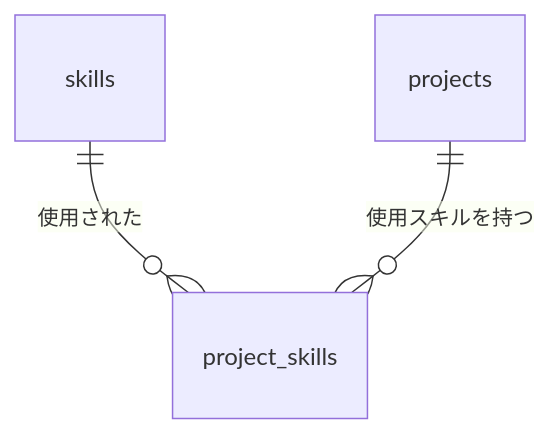
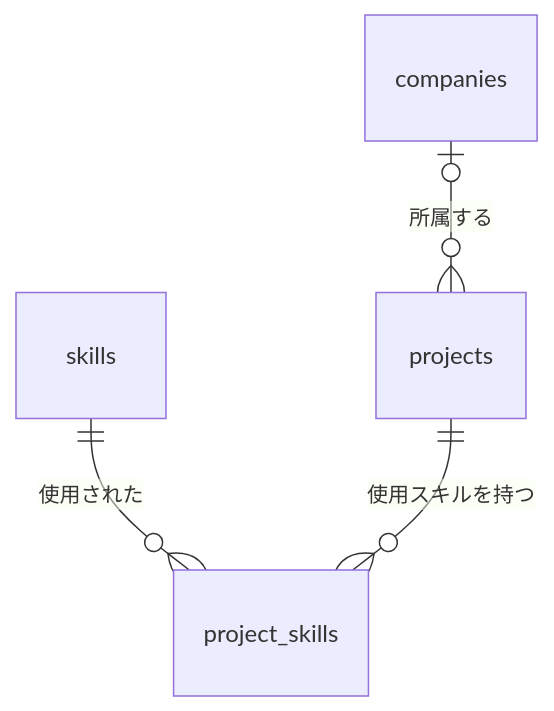
The first of 5 diagrams in docs/02.design/DESIGN.md (Seiya-Nakagawa/Portfolio), drawn with Mermaid before and after one commit. The commit also changed other lines of this file and 14 other files, not shown here.

````diff
--- a/docs/02.design/DESIGN.md
+++ b/docs/02.design/DESIGN.md
@@ -100,5 +101,6 @@
 ```mermaid
 erDiagram
     skills ||--o{ project_skills : "使用された"
     projects ||--o{ project_skills : "使用スキルを持つ"
+    companies |o--o{ projects : "所属する"
 ```
````
